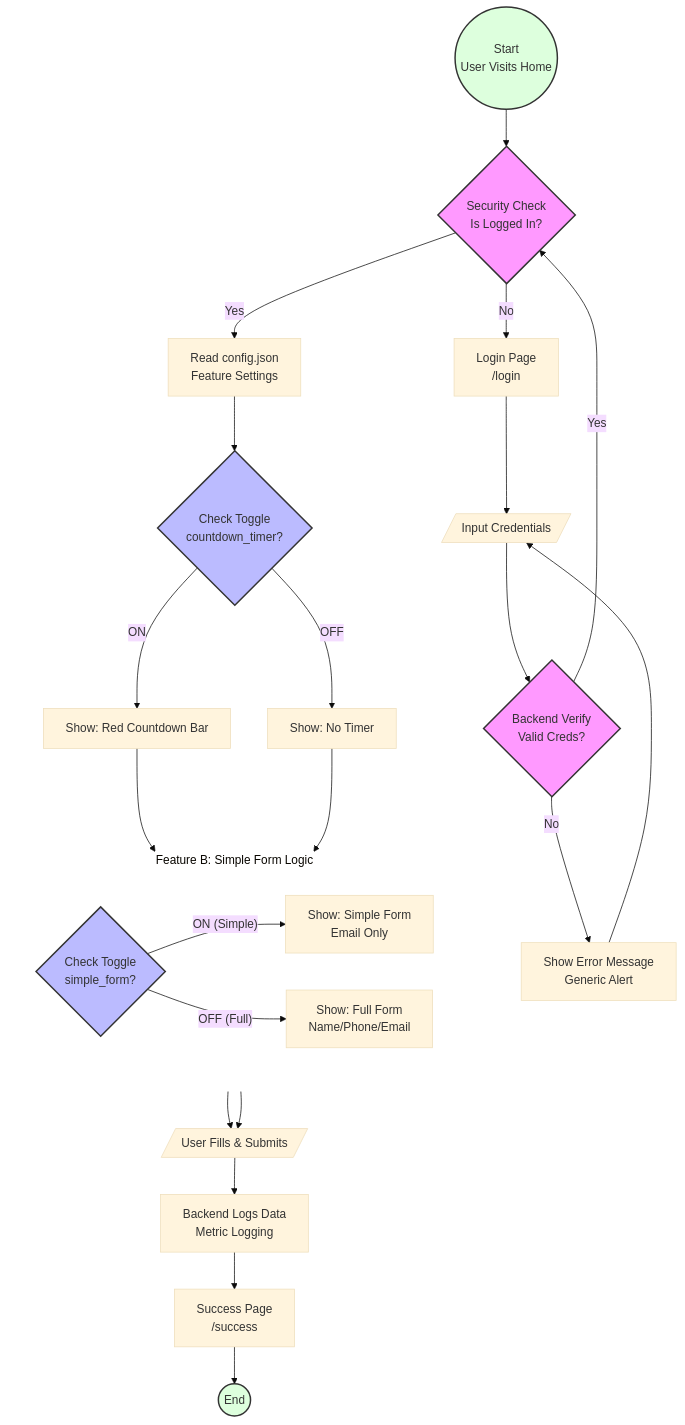
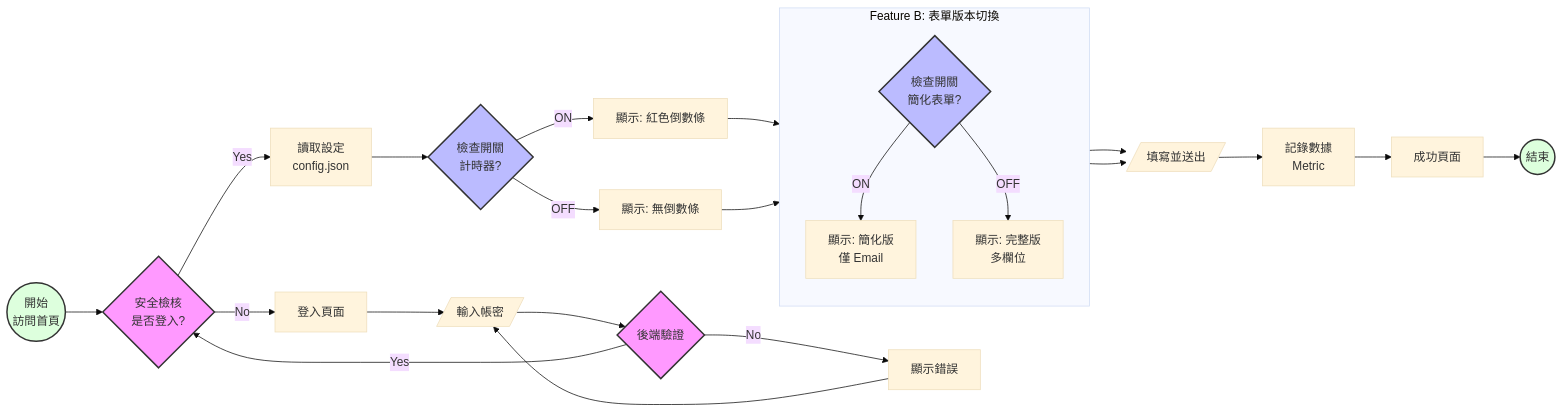
The diagram in README.md (Kiwi-Peng/hw11), drawn with Mermaid (base theme) before and after one commit.

````diff
--- a/README.md
+++ b/README.md
@@ -3,55 +3,54 @@
 ```mermaid
-flowchart TD
-    Start((Start<br>User Visits Home)) --> CheckSession{Security Check<br>Is Logged In?}
+flowchart LR
+    %% 定義節點樣式
+    classDef security fill:#f9f,stroke:#333,stroke-width:2px;
+    classDef feature fill:#bbf,stroke:#333,stroke-width:2px;
+    classDef startend fill:#dfd,stroke:#333,stroke-width:2px;
+
+    %% 主流程開始
+    Start((開始<br>訪問首頁)) --> CheckSession{安全檢核<br>是否登入?}
+    class Start startend
+    class CheckSession security
+
+    %% 登入與驗證迴圈
+    CheckSession -- No --> LoginPage[登入頁面]
+    LoginPage --> InputCreds[/輸入帳密/]
+    InputCreds --> VerifyCreds{後端驗證}
+    class VerifyCreds security
     
-    %% A&A Authentication Flow
-    CheckSession -- No --> LoginPage[Login Page<br>/login]
-    LoginPage --> InputCreds[/Input Credentials/]
-    InputCreds --> VerifyCreds{Backend Verify<br>Valid Creds?}
-    VerifyCreds -- No --> ShowError[Show Error Message<br>Generic Alert]
+    VerifyCreds -- No --> ShowError[顯示錯誤]
     ShowError --> InputCreds
-    
-    %% 驗證成功回連
     VerifyCreds -- Yes --> CheckSession
-    
-    %% Feature Toggling & UI Rendering
-    CheckSession -- Yes --> ReadConfig[Read config.json<br>Feature Settings]
-    ReadConfig --> ToggleTimer{Check Toggle<br>countdown_timer?}
-    
-    %% Feature A: Countdown Timer (保持垂直)
-    ToggleTimer -- ON --> ShowTimer[Show: Red Countdown Bar]
-    ToggleTimer -- OFF --> NoTimer[Show: No Timer]
-    
-    %% 將 Feature B 包在子圖表中，強制橫向排列 (Left to Right)
-    subgraph FeatureB_Area [Feature B: Simple Form Logic]
-        direction LR
-        ToggleForm{Check Toggle<br>simple_form?}
+
+    %% 功能切換區域 (Feature Toggles)
+    CheckSession -- Yes --> ReadConfig[讀取設定<br>config.json]
+    ReadConfig --> ToggleTimer{檢查開關<br>計時器?}
+    class ToggleTimer feature
+
+    %% Feature A: 倒數計時器
+    ToggleTimer -- ON --> ShowTimer[顯示: 紅色倒數條]
+    ToggleTimer -- OFF --> NoTimer[顯示: 無倒數條]
+
+    %% Feature B: 簡化表單 (使用子圖表讓它整齊排列)
+    subgraph FormLogic [Feature B: 表單版本切換]
+        direction TB
+        ToggleForm{檢查開關<br>簡化表單?}
+        class ToggleForm feature
         
-        %% 讓這兩個選項左右排，而不是上下排
-        ToggleForm -- ON (Simple) --> SimpleUI[Show: Simple Form<br>Email Only]
-        ToggleForm -- OFF (Full) --> ComplexUI[Show: Full Form<br>Name/Phone/Email]
+        ToggleForm -- ON --> SimpleUI[顯示: 簡化版<br>僅 Email]
+        ToggleForm -- OFF --> ComplexUI[顯示: 完整版<br>多欄位]
     end
 
     %% 連接 A 到 B
     ShowTimer --> ToggleForm
     NoTimer --> ToggleForm
-    
-    %% Interaction & End
-    SimpleUI --> UserAction[/User Fills & Submits/]
+
+    %% 互動與結束
+    SimpleUI --> UserAction[/填寫並送出/]
     ComplexUI --> UserAction
     
-    UserAction --> LogMetric[Backend Logs Data<br>Metric Logging]
-    LogMetric --> SuccessPage[Success Page<br>/success]
-    SuccessPage --> End((End))
-
-    %% Styling
-    style CheckSession fill:#f9f,stroke:#333,stroke-width:2px
-    style VerifyCreds fill:#f9f,stroke:#333,stroke-width:2px
-    style ToggleTimer fill:#bbf,stroke:#333,stroke-width:2px
-    style ToggleForm fill:#bbf,stroke:#333,stroke-width:2px
-    style Start fill:#dfd,stroke:#333,stroke-width:2px
-    style End fill:#dfd,stroke:#333,stroke-width:2px
-    
-    %% 讓子圖表背景透明，看起來比較不像一個框框
-    style FeatureB_Area fill:none,stroke:none
+    UserAction --> LogMetric[記錄數據<br>Metric]
+    LogMetric --> SuccessPage[成功頁面]
+    SuccessPage --> End((結束))
+    class End startend
 ```
````
